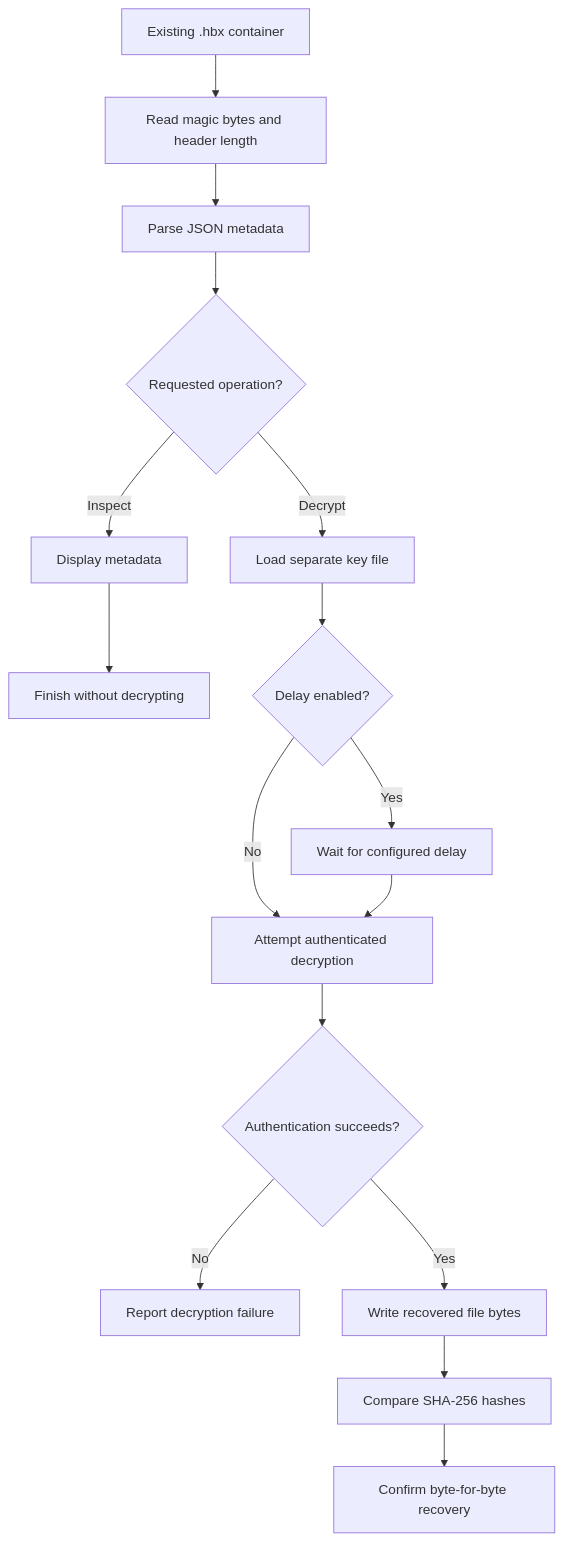
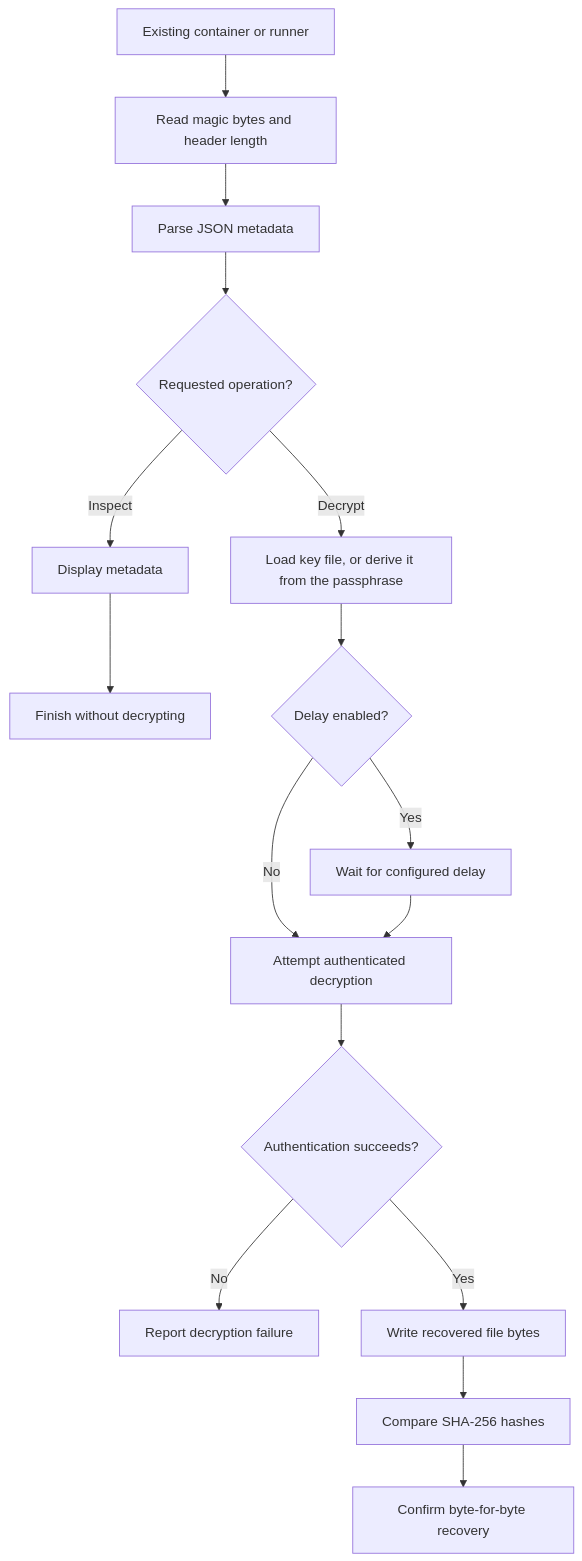
The second of 8 diagrams in README.md (fahdaguenouz/hidden-bytes), drawn with Mermaid before and after one commit. The commit also changed other lines of this file and 3 other files, not shown here.

````diff
--- a/README.md
+++ b/README.md
@@ -79,21 +81,21 @@
 ```mermaid
 flowchart TD
-    A["Existing .hbx container"] --> B["Read magic bytes and header length"]
+    A["Existing container or runner"] --> B["Read magic bytes and header length"]
     B --> C["Parse JSON metadata"]
     C --> D{"Requested operation?"}
 
     D -- "Inspect" --> E["Display metadata"]
     E --> F["Finish without decrypting"]
 
-    D -- "Decrypt" --> G["Load separate key file"]
+    D -- "Decrypt" --> G["Load key file, or derive it from the passphrase"]
     G --> H{"Delay enabled?"}
     H -- "Yes" --> I["Wait for configured delay"]
     H -- "No" --> J["Attempt authenticated decryption"]
     I --> J
 
     J --> K{"Authentication succeeds?"}
     K -- "No" --> L["Report decryption failure"]
     K -- "Yes" --> M["Write recovered file bytes"]
     M --> N["Compare SHA-256 hashes"]
     N --> O["Confirm byte-for-byte recovery"]
 ```
````
